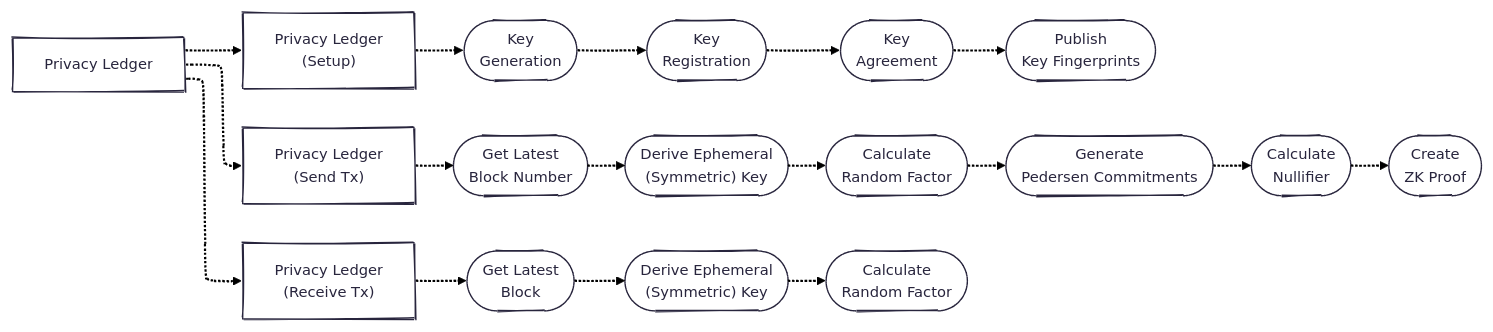
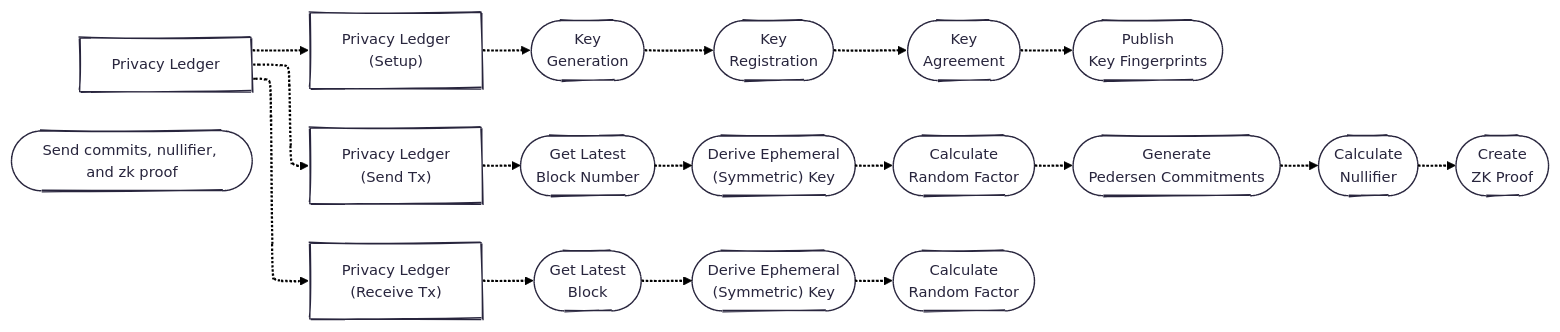
One commit to raylsnetwork/Enygma changed the third of 5 diagrams in enygma_payments/README.md. Above: the diagram before and after it, drawn with Mermaid.

Commit message:
Add send_tx step in README for transaction process

````diff
--- a/enygma_payments/README.md
+++ b/enygma_payments/README.md
@@ -76,41 +76,42 @@
 ```mermaid
 ---
 config:
   theme: redux
   layout: elk
   look: handDrawn
 ---
 flowchart LR
 
     %% Entities
     pl["Privacy Ledger"]
 
     %% PL (Setup)
     pl_setup["Privacy Ledger<br>(Setup)"]
     keygen(["Key<br>Generation"])
     register(["Key<br>Registration"])
     kem(["Key<br>Agreement"])
     publish(["Publish<br>Key Fingerprints"])
 
     %% PL (Send)
     pl_send["Privacy Ledger<br>(Send Tx)"]
     getblock_send(["Get Latest<br>Block Number"])
     derivesendkey(["Derive Ephemeral<br>(Symmetric) Key"])
     calcR_send(["Calculate<br>Random Factor"])
     tx_commits(["Generate<br>Pedersen Commitments"])
     nullifier(["Calculate<br>Nullifier"])
     zk_proof(["Create<br>ZK Proof"])
+    send_tx(["Send commits, nullifier, and zk proof"])
 
     %% PL (Receive)
     pl_receive["Privacy Ledger<br>(Receive Tx)"]
     derivereceivekey(["Derive Ephemeral<br>(Symmetric) Key"])
     calcR_receive(["Calculate<br>Random Factor"])
     getblock_receive(["Get Latest<br>Block"])
 
     pl -.-> pl_setup & pl_send & pl_receive
 
     pl_setup -.-> keygen -.-> register -.-> kem -.-> publish
     pl_send -.-> getblock_send -.-> derivesendkey -.-> calcR_send -.-> tx_commits -.-> nullifier -.-> zk_proof
     pl_receive -.-> getblock_receive -.-> derivereceivekey -.-> calcR_receive
 
 ```
````
